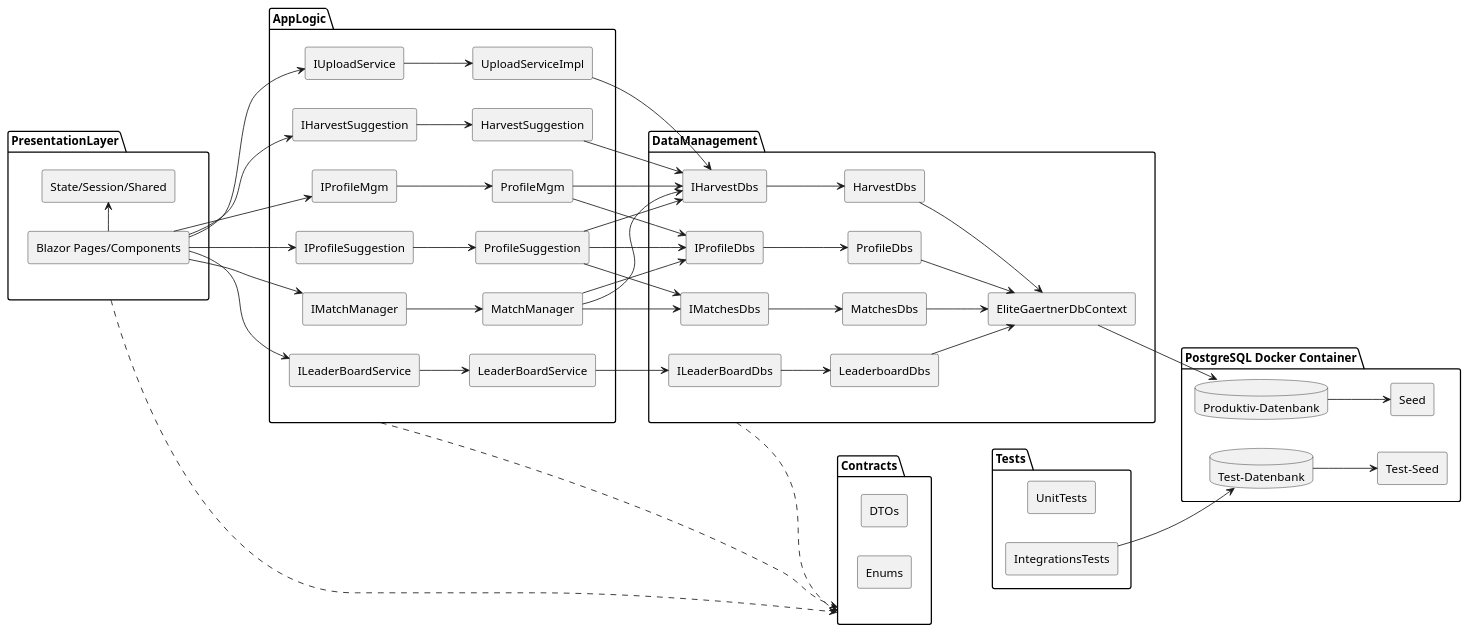
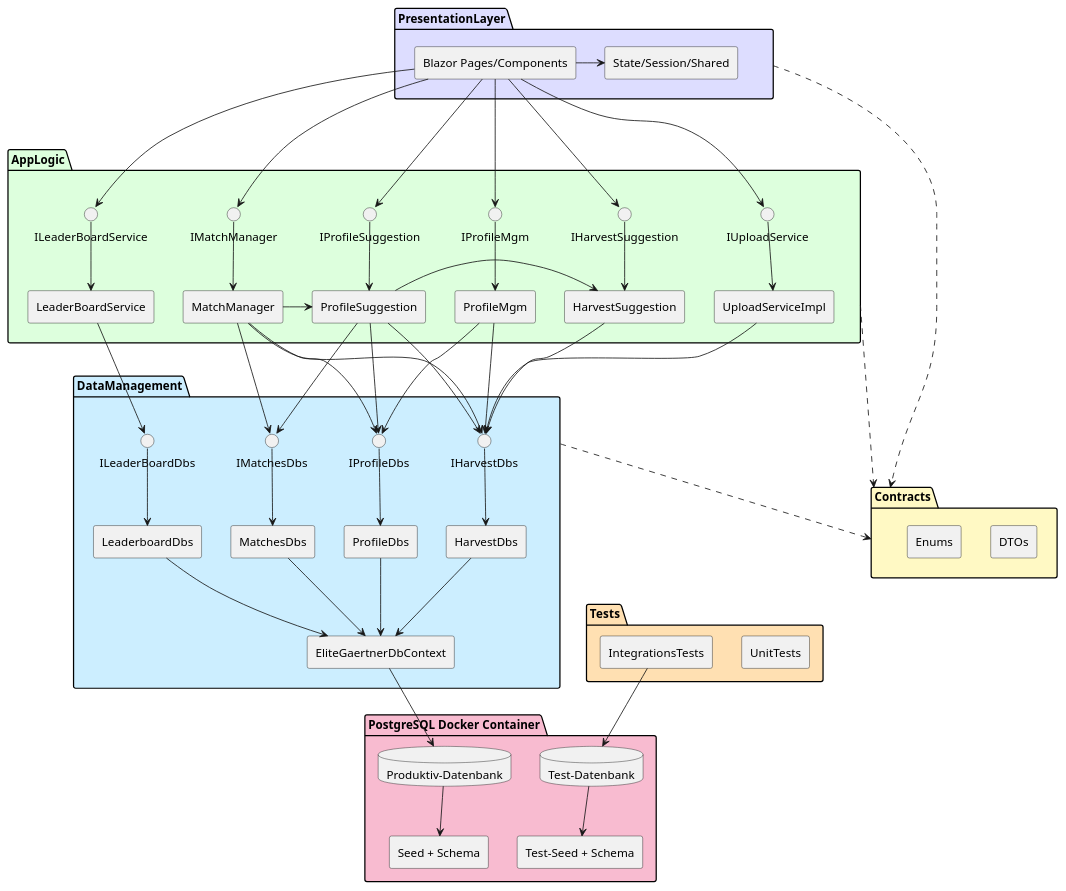
Before and after one commit to Team-Spassgetraenk/EliteGaertner: the diagram in EliteGaertner/docs/Präsentation/EliteGaertner Komponentendiagramm.puml, drawn with PlantUML. The commit also changed 8 other files, not shown here.

Commit message:
Hier und da kleine Änderungen. Hautpsächlich Kommentare. ER Modell erstellt und Komponentendiagramm aktualisiert

```diff
--- a/EliteGaertner/docs/Präsentation/EliteGaertner Komponentendiagramm.puml
+++ b/EliteGaertner/docs/Präsentation/EliteGaertner Komponentendiagramm.puml
@@ -1,110 +1,112 @@
 @startuml
-left to right direction
+top to bottom direction
 skinparam componentStyle rectangle
 
-package "PresentationLayer" {
+package "PresentationLayer" #DDDDFF {
   [Blazor Pages/Components] as UI
   [State/Session/Shared] as State
 }
 
-package "AppLogic" {
-    [IHarvestSuggestion] as IHarvestSuggestion
-    [ILeaderBoardService] as ILeaderBoardService
-    [IMatchManager] as IMatchManager
-    [IProfileMgm] as IProfileMgm 
-    [IProfileSuggestion] as IProfileSuggestion
-    [IUploadService] as IUploadService 
+package "AppLogic" #DDFFDD {
+    interface IHarvestSuggestion
+    interface ILeaderBoardService
+    interface IMatchManager
+    interface IProfileMgm
+    interface IProfileSuggestion
+    interface IUploadService 
     [MatchManager] as MatchManager 
     [ProfileSuggestion] as ProfileSuggestion 
     [HarvestSuggestion] as HarvestSuggestion
     [ProfileMgm] as ProfileMgm 
     [UploadServiceImpl] as UploadServiceImpl 
     [LeaderBoardService] as LeaderBoardService 
 }
 
-package "DataManagement" {
-    [ILeaderBoardDbs] as ILeaderBoardDbs
-    [IMatchesDbs] as IMatchesDbs
-    [IHarvestDbs] as IHarvestDbs
-    [IProfileDbs] as IProfileDbs
+package "DataManagement" #CCEEFF{
+    interface ILeaderBoardDbs
+    interface IMatchesDbs
+    interface IHarvestDbs
+    interface IProfileDbs
     [ProfileDbs] as ProfileDbs
     [HarvestDbs] as HarvestDbs
     [MatchesDbs] as MatchesDbs
     [LeaderboardDbs] as LeaderboardDbs
     [EliteGaertnerDbContext] as DbContext
 }
 
 
 
-package "Contracts" {
+package "Contracts" #FFF9C4 {
     [DTOs] as DTOs
     [Enums] as Enums
 }
 
 
-package "PostgreSQL Docker Container"{
-    [Seed] as Seed
-    [Test-Seed] as TestSeed 
+package "PostgreSQL Docker Container" #F8BBD0 {
+    [Seed + Schema] as Seed
+    [Test-Seed + Schema] as TestSeed 
     database "Produktiv-Datenbank" as PD
     database "Test-Datenbank" as TD 
 }
 
-package "Tests"{
+package "Tests" #FFE0B2{
     [UnitTests] as UnitTests 
     [IntegrationsTests] as IT
 }
 
 
 UI -> State
 UI ---> IProfileSuggestion
 UI ---> IProfileMgm
 UI ---> IUploadService
 UI ---> IMatchManager
 UI ---> ILeaderBoardService
 UI ---> IHarvestSuggestion
 
 IProfileMgm --> ProfileMgm
 IProfileSuggestion --> ProfileSuggestion
 IMatchManager --> MatchManager
 IUploadService --> UploadServiceImpl 
 ILeaderBoardService --> LeaderBoardService
 IHarvestSuggestion --> HarvestSuggestion
 
 MatchManager --> IHarvestDbs
 MatchManager --> IProfileDbs
 MatchManager --> IMatchesDbs
+MatchManager -> ProfileSuggestion
+ProfileSuggestion -> HarvestSuggestion
 HarvestSuggestion --> IHarvestDbs
 ProfileSuggestion --> IHarvestDbs 
 ProfileSuggestion --> IProfileDbs 
 ProfileSuggestion --> IMatchesDbs 
 ProfileMgm --> IHarvestDbs
 ProfileMgm --> IProfileDbs
 LeaderBoardService --> ILeaderBoardDbs
 UploadServiceImpl --> IHarvestDbs
 
 
 
 IProfileDbs --> ProfileDbs
 IHarvestDbs --> HarvestDbs
 IMatchesDbs --> MatchesDbs
 ILeaderBoardDbs --> LeaderboardDbs 
 
 
 ProfileDbs --> DbContext
 HarvestDbs --> DbContext
 MatchesDbs --> DbContext
 LeaderboardDbs --> DbContext
 
 
 
 AppLogic ..> Contracts
 DataManagement ..> Contracts
 PresentationLayer ..> Contracts
 
 DbContext --> PD
 PD --> Seed
 TD --> TestSeed
 
 IT --> TD
 
 @enduml
```
